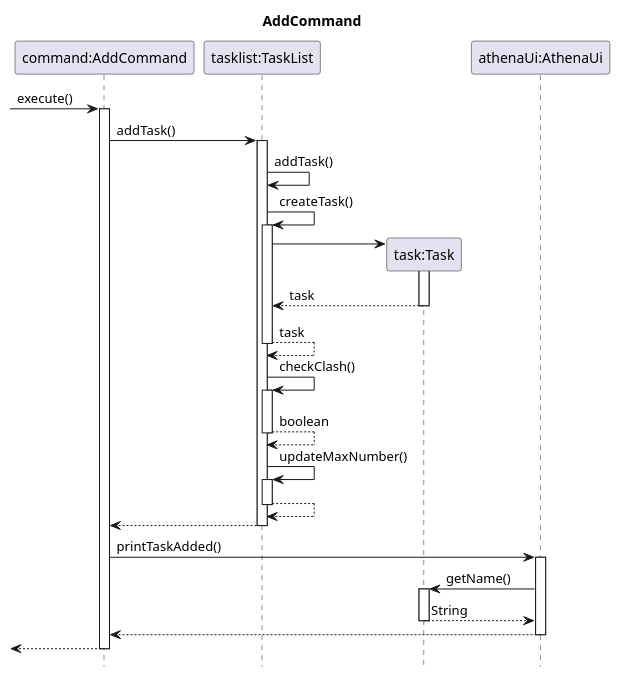
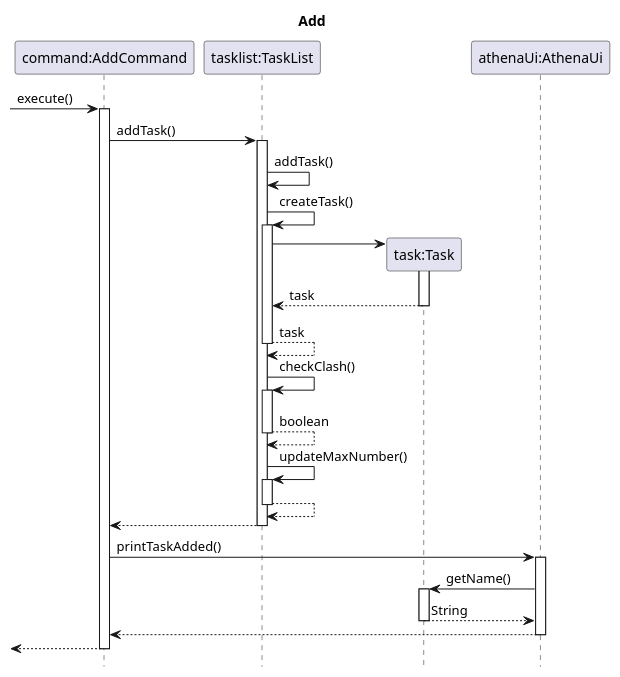
One commit to wish2023/tp changed the diagram in docs/sequenceDiagrams/AddCommand.puml. Above: the diagram before and after it, drawn with PlantUML. The commit also changed 21 other files, not shown here.

Commit message:
Updated diagrams Minor modification to UG

```diff
--- a/docs/sequenceDiagrams/AddCommand.puml
+++ b/docs/sequenceDiagrams/AddCommand.puml
@@ -1,44 +1,44 @@
 @startuml
 hide footbox
-title AddCommand
+title Add
 
 participant "command:AddCommand" as AddCommand
 participant "tasklist:TaskList" as TaskList
 participant "task:Task" as Task
 participant "athenaUi:AthenaUi" as AthenaUI
 
 
 ->AddCommand: execute()
 activate AddCommand
 AddCommand->TaskList: addTask()
 activate TaskList
 
 TaskList->TaskList: addTask()
 
 TaskList->TaskList: createTask()
 activate TaskList
 create Task
 TaskList->Task:
 activate Task
 return task
 TaskList-->TaskList: task
 deactivate TaskList
 
 TaskList->TaskList: checkClash()
 activate TaskList
 return boolean
 TaskList->TaskList: updateMaxNumber()
 activate TaskList
 return
 TaskList-->AddCommand--:
 AddCommand->AthenaUI++: printTaskAdded()
 AthenaUI->Task++:getName()
 return String
 AthenaUI-->AddCommand--:
 
 deactivate TaskList
 <--AddCommand--
 
 
 
 @enduml
```
